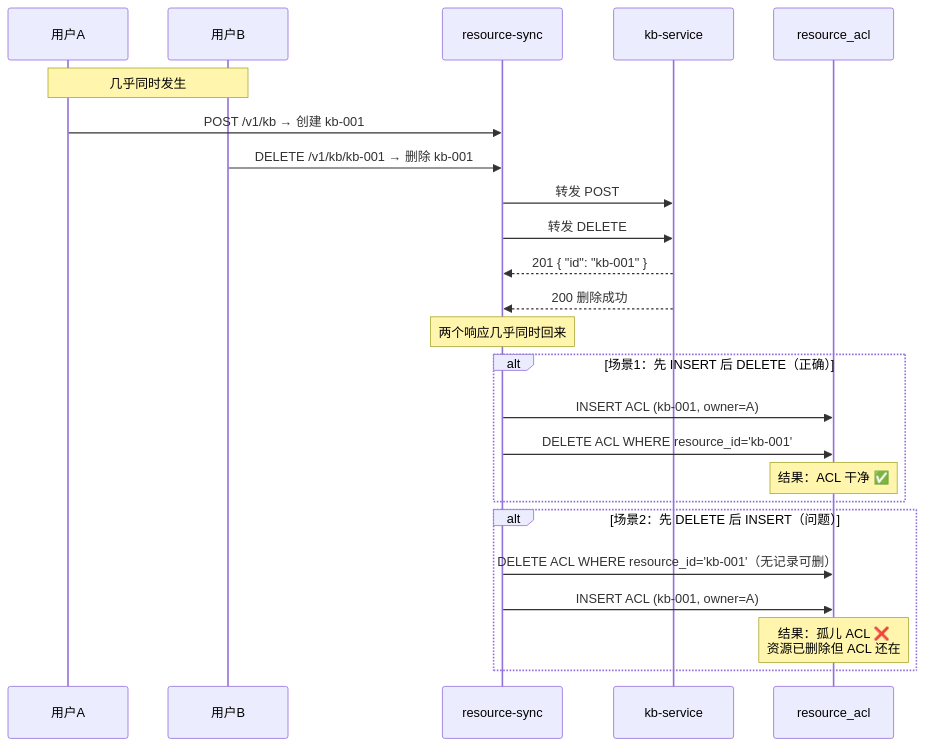
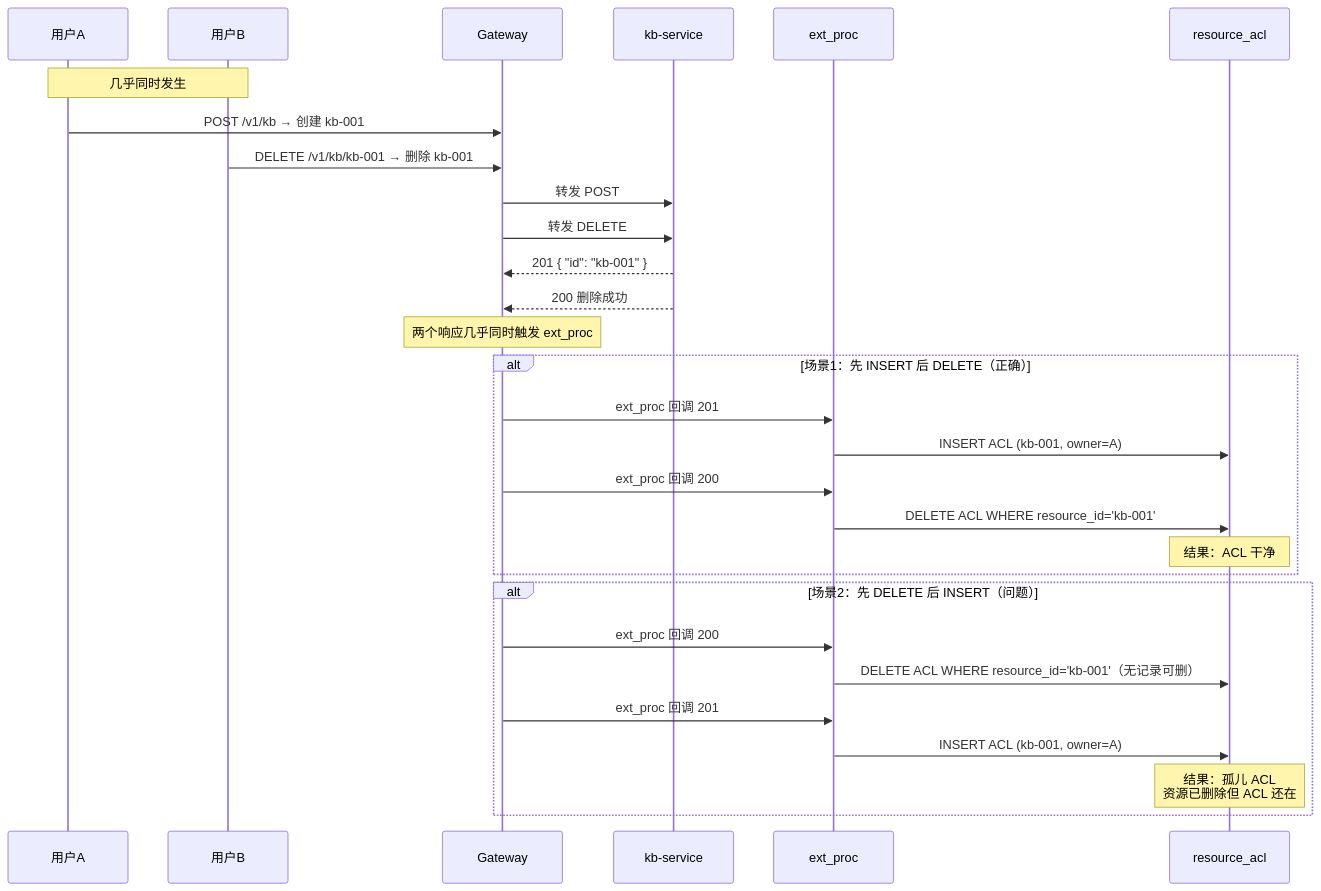
One commit to xiewanchao/aidp-iam changed the tenth of 16 diagrams in diagrams/failure-scenarios.md. Above: the diagram before and after it, drawn with Mermaid. The commit also changed other lines of this file and 5 other files, not shown here.

````diff
--- a/diagrams/failure-scenarios.md
+++ b/diagrams/failure-scenarios.md
@@ -276,32 +361,37 @@
 ```mermaid
 sequenceDiagram
     participant A as 用户A
     participant B as 用户B
-    participant RS as resource-sync
+    participant GW as Gateway
     participant KB as kb-service
+    participant EP as ext_proc
     participant DB as resource_acl
 
     Note over A,B: 几乎同时发生
 
-    A->>RS: POST /v1/kb → 创建 kb-001
-    B->>RS: DELETE /v1/kb/kb-001 → 删除 kb-001
+    A->>GW: POST /v1/kb → 创建 kb-001
+    B->>GW: DELETE /v1/kb/kb-001 → 删除 kb-001
 
-    RS->>KB: 转发 POST
-    RS->>KB: 转发 DELETE
-    KB-->>RS: 201 { "id": "kb-001" }
-    KB-->>RS: 200 删除成功
+    GW->>KB: 转发 POST
+    GW->>KB: 转发 DELETE
+    KB-->>GW: 201 { "id": "kb-001" }
+    KB-->>GW: 200 删除成功
 
-    Note over RS: 两个响应几乎同时回来
+    Note over GW: 两个响应几乎同时触发 ext_proc
 
     alt 场景1：先 INSERT 后 DELETE（正确）
-        RS->>DB: INSERT ACL (kb-001, owner=A)
-        RS->>DB: DELETE ACL WHERE resource_id='kb-001'
-        Note over DB: 结果：ACL 干净 ✅
+        GW->>EP: ext_proc 回调 201
+        EP->>DB: INSERT ACL (kb-001, owner=A)
+        GW->>EP: ext_proc 回调 200
+        EP->>DB: DELETE ACL WHERE resource_id='kb-001'
+        Note over DB: 结果：ACL 干净
     end
 
     alt 场景2：先 DELETE 后 INSERT（问题）
-        RS->>DB: DELETE ACL WHERE resource_id='kb-001'（无记录可删）
-        RS->>DB: INSERT ACL (kb-001, owner=A)
-        Note over DB: 结果：孤儿 ACL ❌<br/>资源已删除但 ACL 还在
+        GW->>EP: ext_proc 回调 200
+        EP->>DB: DELETE ACL WHERE resource_id='kb-001'（无记录可删）
+        GW->>EP: ext_proc 回调 201
+        EP->>DB: INSERT ACL (kb-001, owner=A)
+        Note over DB: 结果：孤儿 ACL<br/>资源已删除但 ACL 还在
     end
 ```
````
